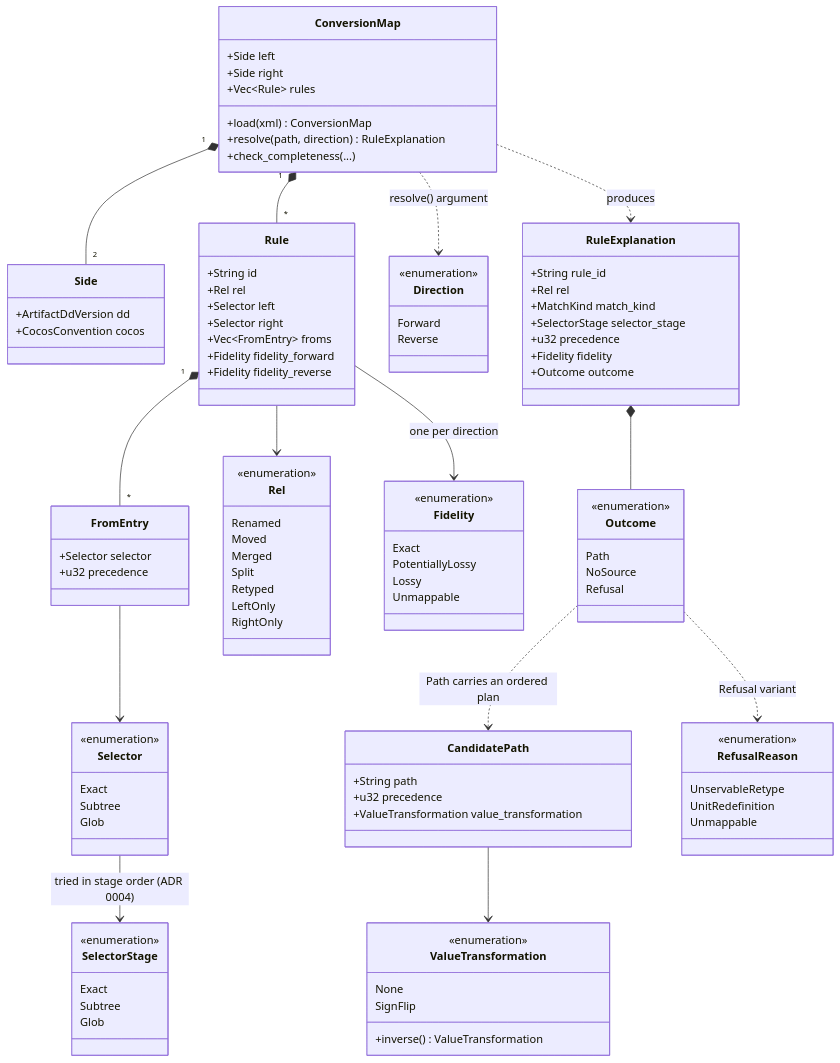
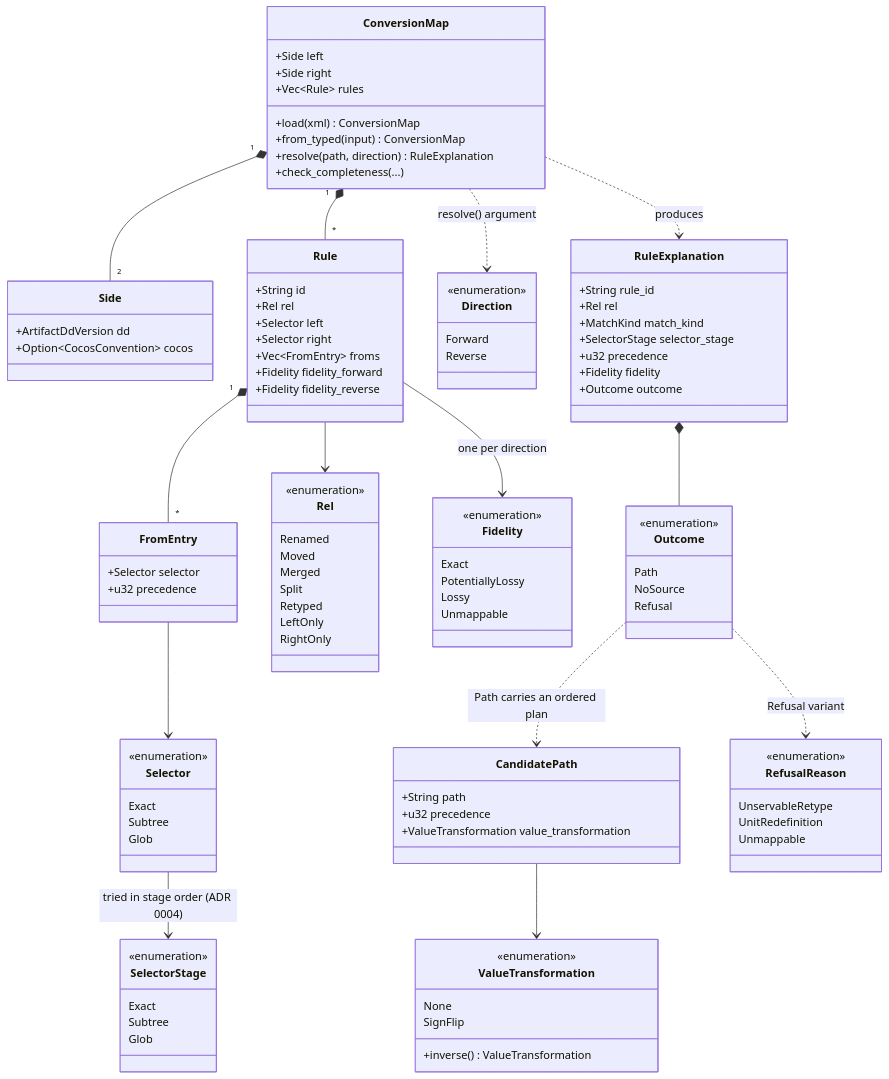
One commit to yohannmarguier/IMAS-Multiversion-DD-Loader changed the fourth of 11 diagrams in docs/ARCHITECTURE.md. Above: the diagram before and after it, drawn with Mermaid. The commit also changed 3 other files, not shown here.

Commit message:
feat: add validated typed conversion map input

```diff
--- a/docs/ARCHITECTURE.md
+++ b/docs/ARCHITECTURE.md
@@ -299,12 +299,13 @@
         +Side right
         +Vec~Rule~ rules
         +load(xml) ConversionMap
+        +from_typed(input) ConversionMap
         +resolve(path, direction) RuleExplanation
         +check_completeness(...)
     }
     class Side {
         +ArtifactDdVersion dd
-        +CocosConvention cocos
+        +Option~CocosConvention~ cocos
     }
     class Rule {
         +String id
```
